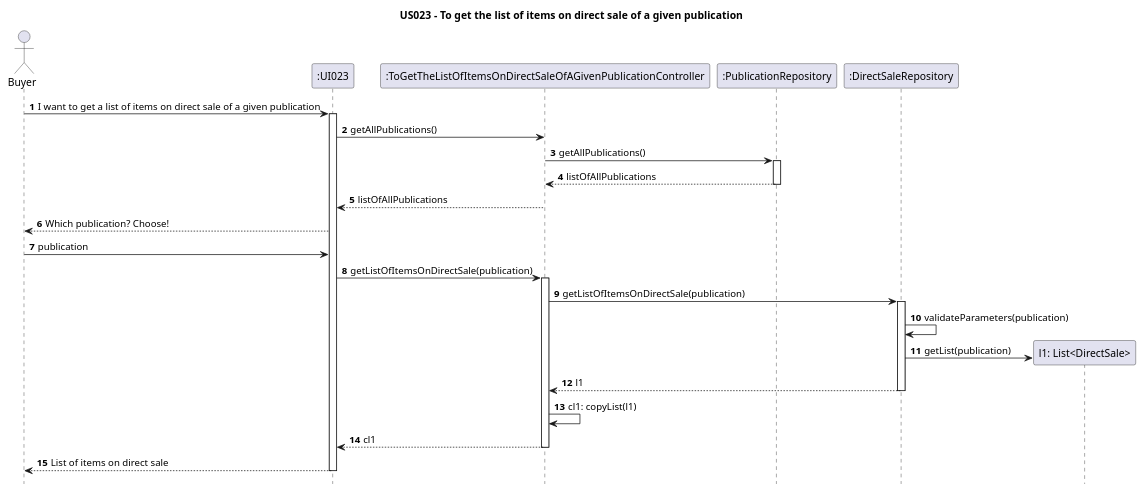
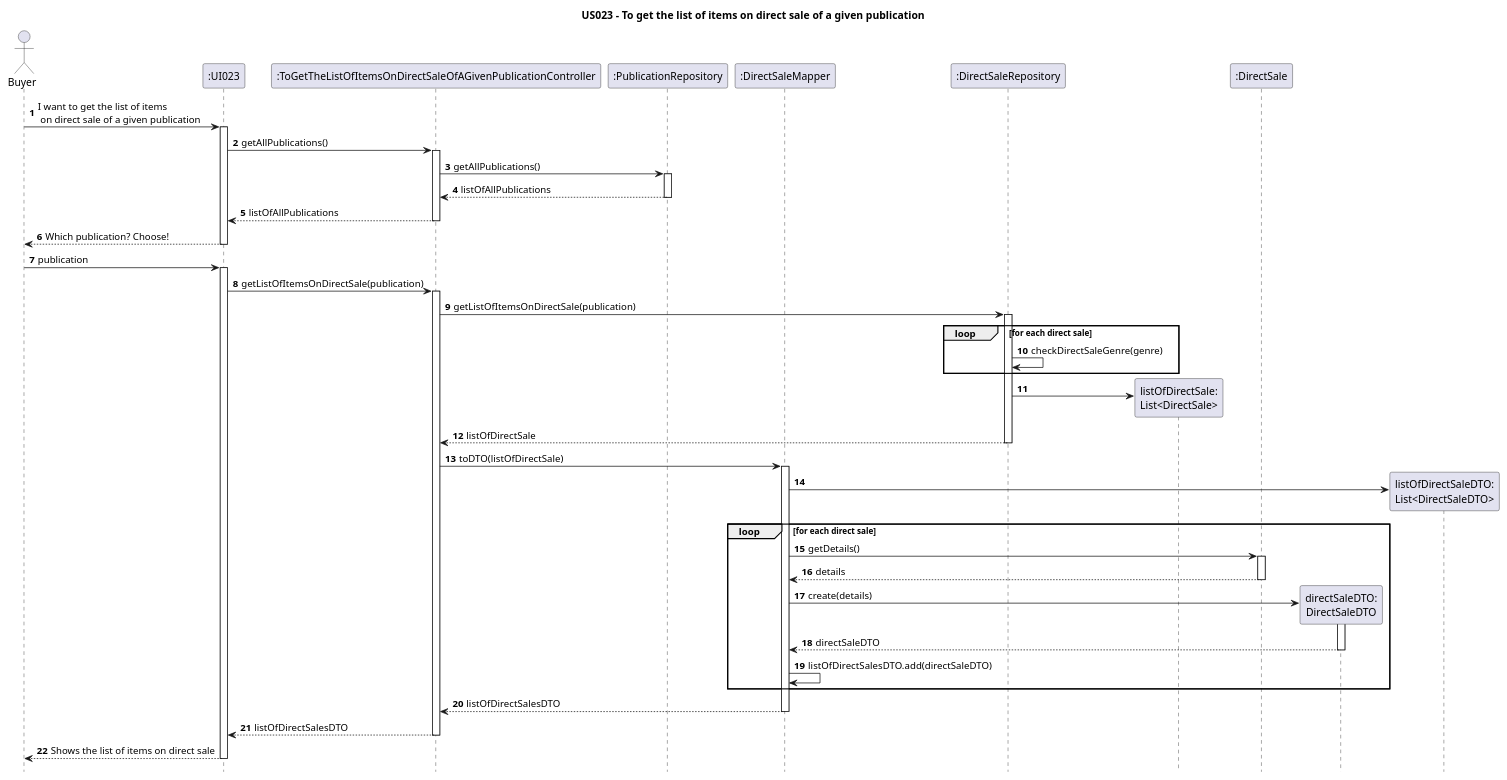
One commit to AndrePereiraGitH/SWitCH-Project-Team_A changed the diagram in Diagrams/SequenceDiagrams/N2/US023-to-get-the-list-of-items-on-direct-sale-of-a-given-publication.puml. Above: the diagram before and after it, drawn with PlantUML. The commit also changed 6 other files, not shown here.

```diff
--- a/Diagrams/SequenceDiagrams/N2/US023-to-get-the-list-of-items-on-direct-sale-of-a-given-publication.puml
+++ b/Diagrams/SequenceDiagrams/N2/US023-to-get-the-list-of-items-on-direct-sale-of-a-given-publication.puml
@@ -1,60 +1,79 @@
 @startuml
 
 hide footbox
 autonumber
 title US023 - To get the list of items on direct sale of a given publication
 
 actor Buyer
 
 ' Participants
 participant ":UI023" as UI023
-participant ":ToGetTheListOfItemsOnDirectSaleOfAGivenPublicationController" as ToGetTheListOfItemsOnDirectSaleOfAGivenPublicationController
+participant ":ToGetTheListOfItemsOnDirectSaleOfAGivenPublicationController" as Ctrl
 participant ":PublicationRepository" as PublicationRepository
+participant ":DirectSaleMapper" as Mapper
 participant ":DirectSaleRepository" as DirectSaleRepository
+participant "listOfDirectSale:\nList<DirectSale>" as ListDS
+participant ":DirectSale" as DSDomain
+participant "directSaleDTO:\nDirectSaleDTO" as DTO
+participant "listOfDirectSaleDTO:\nList<DirectSaleDTO>" as ListDTO
 
-Buyer -> UI023 : I want to get a list of items on direct sale of a given publication
+
+' Interactions
+Buyer -> UI023 : I want to get the list of items\n on direct sale of a given publication
 activate UI023
-UI023 -> ToGetTheListOfItemsOnDirectSaleOfAGivenPublicationController : getAllPublications()
-ToGetTheListOfItemsOnDirectSaleOfAGivenPublicationController -> PublicationRepository: getAllPublications()
+UI023 -> Ctrl : getAllPublications()
+activate Ctrl
+Ctrl -> PublicationRepository: getAllPublications()
 activate PublicationRepository
-PublicationRepository --> ToGetTheListOfItemsOnDirectSaleOfAGivenPublicationController: listOfAllPublications
+PublicationRepository --> Ctrl: listOfAllPublications
 deactivate PublicationRepository
-ToGetTheListOfItemsOnDirectSaleOfAGivenPublicationController --> UI023 : listOfAllPublications
+Ctrl --> UI023 : listOfAllPublications
+deactivate Ctrl
 Buyer <-- UI023 : Which publication? Choose!
+deactivate UI023
 Buyer -> UI023 : publication
+activate UI023
 
-' UI023 -> ToGetTheListOfItemsOnDirectSaleOfAGivenPublicationController : **4** getListOfItems(typeOfSale, publication)
-UI023 -> ToGetTheListOfItemsOnDirectSaleOfAGivenPublicationController : getListOfItemsOnDirectSale(publication)
-activate ToGetTheListOfItemsOnDirectSaleOfAGivenPublicationController
+UI023 -> Ctrl : getListOfItemsOnDirectSale(publication)
+activate Ctrl
 
-' ToGetTheListOfItemsOnDirectSaleOfAGivenPublicationController -> DirectSaleRepository : **3** getListOfItems(typeOfSale, publication)
-ToGetTheListOfItemsOnDirectSaleOfAGivenPublicationController -> DirectSaleRepository : getListOfItemsOnDirectSale(publication)
+Ctrl -> DirectSaleRepository : getListOfItemsOnDirectSale(publication)
 activate DirectSaleRepository
 
-' ItemRepository -> ItemRepository : **4** convertStringToEnum(typeOfSale, publication)
+loop for each direct sale
+    DirectSaleRepository -> DirectSaleRepository : checkDirectSaleGenre(genre)
+end
 
-' DirectSaleRepository -> DirectSaleRepository : **4** validateParameters(typeOfSale, publication)
-DirectSaleRepository -> DirectSaleRepository : validateParameters(publication)
+DirectSaleRepository -> ListDS ** :
+DirectSaleRepository --> Ctrl : listOfDirectSale
 
-' box "Domain" #LightYellow
-create "l1: List<DirectSale>" as DirectSale
-' DirectSaleRepository -> Item : **5** createList(typeOfSale, publication)
-DirectSaleRepository -> DirectSale : getList(publication)
-' end box
-
-' DirectSaleRepository --> ToGetTheListOfItemsOnDirectSaleOfAGivenPublicationController : **6** List<Item> items
-DirectSaleRepository --> ToGetTheListOfItemsOnDirectSaleOfAGivenPublicationController : l1
 deactivate DirectSaleRepository
 
-' ToGetTheListOfItemsOnDirectSaleOfAGivenPublicationController -> ToGetTheListOfItemsOnDirectSaleOfAGivenPublicationController : **7** copyList(items)
-ToGetTheListOfItemsOnDirectSaleOfAGivenPublicationController -> ToGetTheListOfItemsOnDirectSaleOfAGivenPublicationController : cl1: copyList(l1)
+Ctrl -> Mapper : toDTO(listOfDirectSale)
+activate Mapper
+Mapper -> ListDTO ** :
 
-'ToGetTheListOfItemsOnDirectSaleOfAGivenPublicationController --> UI023 : **8** List<copyItems> (copyItems)
-ToGetTheListOfItemsOnDirectSaleOfAGivenPublicationController --> UI023 : cl1
-deactivate ToGetTheListOfItemsOnDirectSaleOfAGivenPublicationController
+    loop for each direct sale
+        Mapper -> DSDomain : getDetails()
+        activate DSDomain
+        DSDomain --> Mapper : details
+        deactivate DSDomain
 
-'UI023 --> Buyer : **9** List<copyItems> (copyItems)'
-UI023 --> Buyer : List of items on direct sale
+        Mapper -> DTO ** : create(details)
+        activate DTO
+        DTO --> Mapper : directSaleDTO
+        deactivate DTO
+
+        Mapper -> Mapper : listOfDirectSalesDTO.add(directSaleDTO)
+    end
+
+Mapper --> Ctrl : listOfDirectSalesDTO
+deactivate Mapper
+
+Ctrl --> UI023 : listOfDirectSalesDTO
+deactivate Ctrl
+
+UI023 --> Buyer : Shows the list of items on direct sale
 deactivate UI023
 
 @enduml
```
